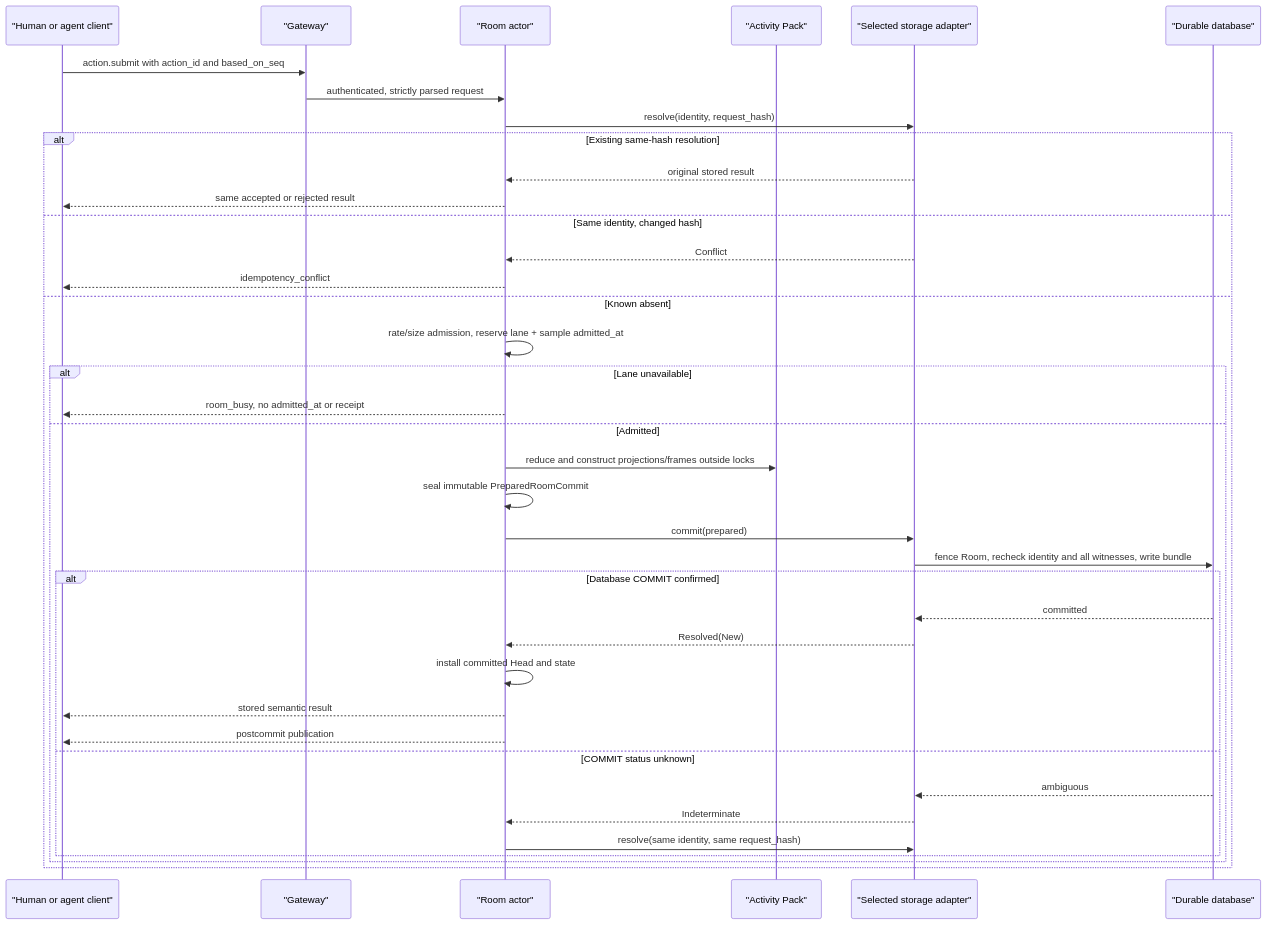
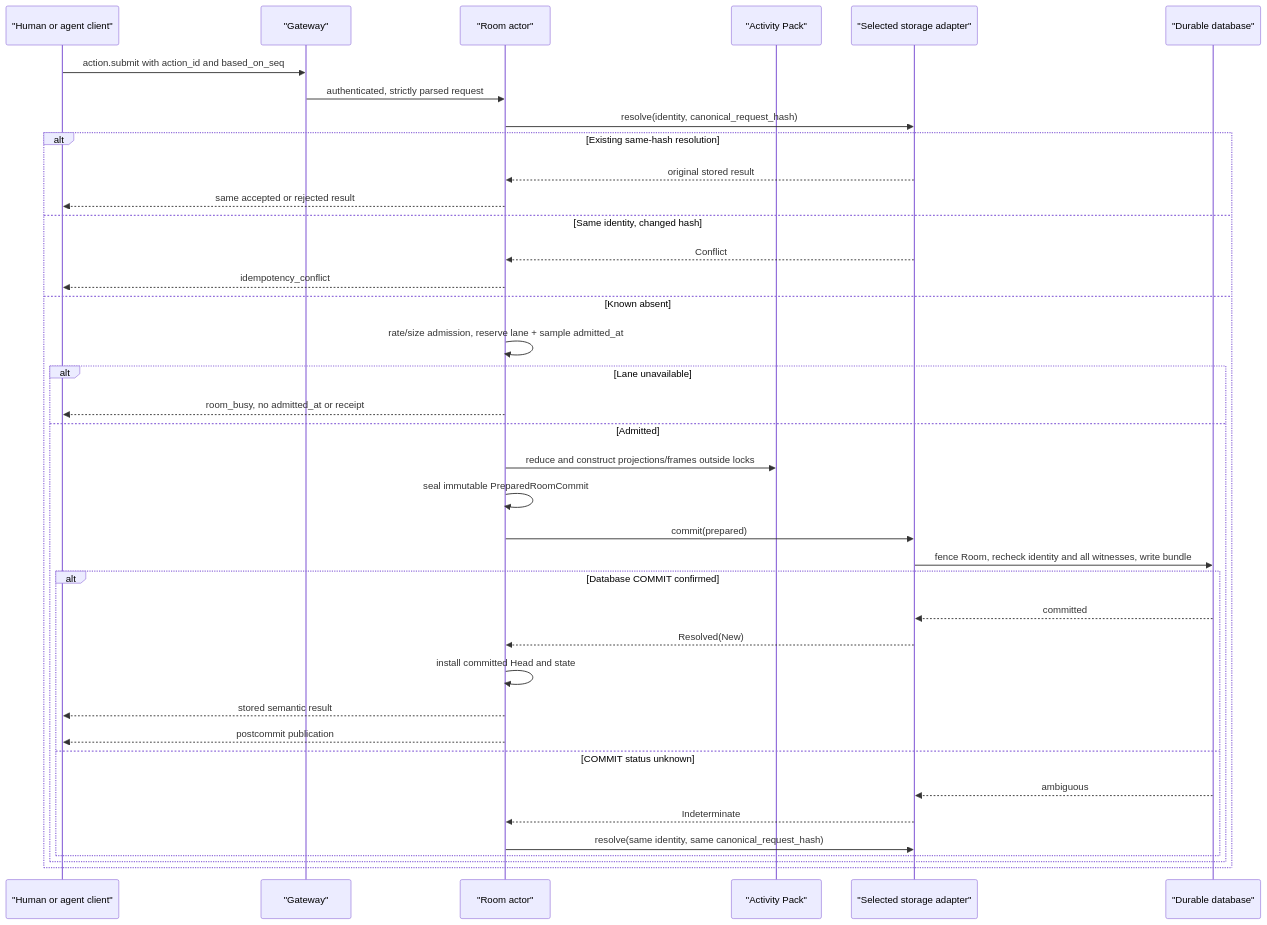
The second of 3 diagrams in docs/architecture.md (imom39a/worldstream), drawn with Mermaid before and after one commit. The commit also changed other lines of this file and 17 other files, not shown here.

```diff
--- a/docs/architecture.md
+++ b/docs/architecture.md
@@ -451,42 +451,42 @@
 ~~~mermaid
 sequenceDiagram
     participant C as "Human or agent client"
     participant G as "Gateway"
     participant R as "Room actor"
     participant P as "Activity Pack"
     participant S as "Selected storage adapter"
     participant D as "Durable database"
 
     C->>G: action.submit with action_id and based_on_seq
     G->>R: authenticated, strictly parsed request
-    R->>S: resolve(identity, request_hash)
+    R->>S: resolve(identity, canonical_request_hash)
 
     alt Existing same-hash resolution
         S-->>R: original stored result
         R-->>C: same accepted or rejected result
     else Same identity, changed hash
         S-->>R: Conflict
         R-->>C: idempotency_conflict
     else Known absent
         R->>R: rate/size admission, reserve lane + sample admitted_at
         alt Lane unavailable
             R-->>C: room_busy, no admitted_at or receipt
         else Admitted
             R->>P: reduce and construct projections/frames outside locks
             R->>R: seal immutable PreparedRoomCommit
             R->>S: commit(prepared)
             S->>D: fence Room, recheck identity and all witnesses, write bundle
             alt Database COMMIT confirmed
                 D-->>S: committed
                 S-->>R: Resolved(New)
                 R->>R: install committed Head and state
                 R-->>C: stored semantic result
                 R-->>C: postcommit publication
             else COMMIT status unknown
                 D-->>S: ambiguous
                 S-->>R: Indeterminate
-                R->>S: resolve(same identity, same request_hash)
+                R->>S: resolve(same identity, same canonical_request_hash)
             end
         end
     end
 ~~~
```
